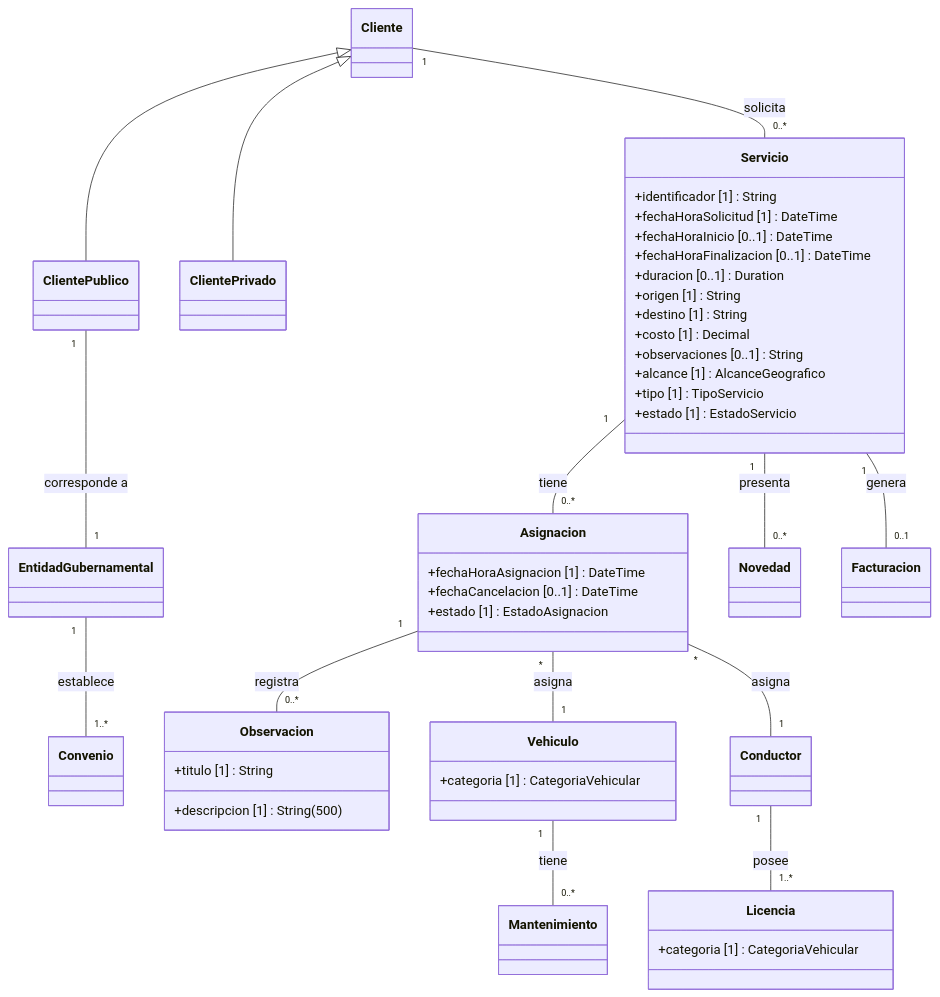
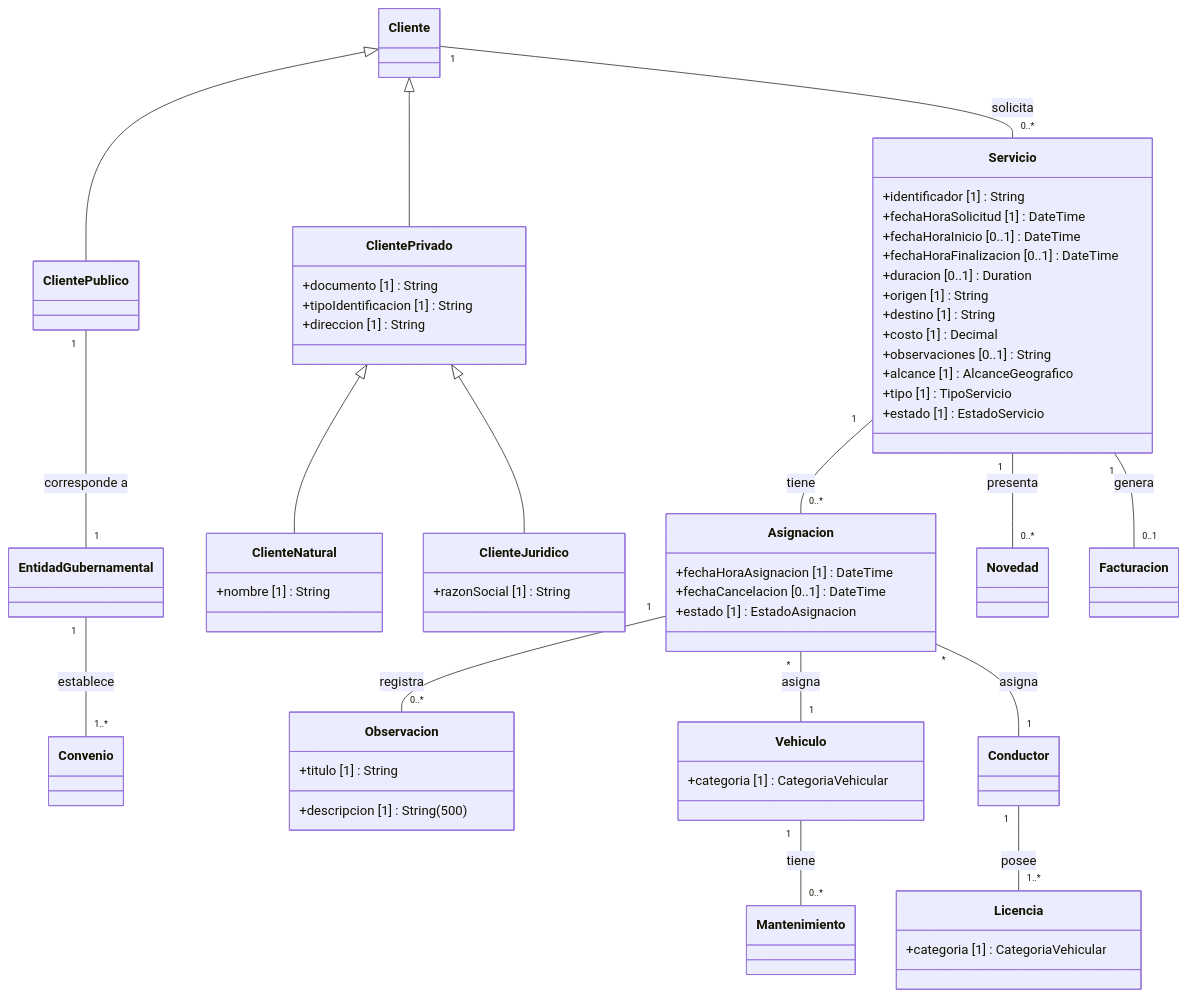
The second of 2 diagrams in ClassWork/PPT1/README.md (daprieto1/MBDA-Class-Helper), drawn with Mermaid before and after one commit. The commit also changed other lines of this file, not shown here.

Commit message:
complete diagram

````diff
--- a/ClassWork/PPT1/README.md
+++ b/ClassWork/PPT1/README.md
@@ -99,59 +103,71 @@
 ```mermaid
 classDiagram
     class Servicio {
         +identificador [1] : String
         +fechaHoraSolicitud [1] : DateTime
         +fechaHoraInicio [0..1] : DateTime
         +fechaHoraFinalizacion [0..1] : DateTime
         +duracion [0..1] : Duration
         +origen [1] : String
         +destino [1] : String
         +costo [1] : Decimal
         +observaciones [0..1] : String
         +alcance [1] : AlcanceGeografico
         +tipo [1] : TipoServicio
         +estado [1] : EstadoServicio
     }
 
     class Asignacion {
         +fechaHoraAsignacion [1] : DateTime
         +fechaCancelacion [0..1] : DateTime
         +estado [1] : EstadoAsignacion
     }
 
     class Observacion {
         +titulo [1] : String
         +descripcion [1] : String(500)
     }
 
     class Novedad
 
     class Cliente
     class ClientePublico
-    class ClientePrivado
+    class ClientePrivado {
+        +documento [1] : String
+        +tipoIdentificacion [1] : String
+        +direccion [1] : String
+    }
+    class ClienteNatural {
+        +nombre [1] : String
+    }
+    class ClienteJuridico {
+        +razonSocial [1] : String
+    }
     class EntidadGubernamental
     class Convenio
     class Vehiculo {
         +categoria [1] : CategoriaVehicular
     }
     class Conductor
     class Licencia {
         +categoria [1] : CategoriaVehicular
     }
     class Mantenimiento
     class Facturacion
 
     Cliente <|-- ClientePublico
     Cliente <|-- ClientePrivado
+    ClientePrivado <|-- ClienteNatural
+    ClientePrivado <|-- ClienteJuridico
     ClientePublico "1" -- "1" EntidadGubernamental : corresponde a
     EntidadGubernamental "1" -- "1..*" Convenio : establece
     Cliente "1" -- "0..*" Servicio : solicita
     Servicio "1" -- "0..*" Asignacion : tiene
     Servicio "1" -- "0..*" Novedad : presenta
     Servicio "1" -- "0..1" Facturacion : genera
     Asignacion "1" -- "0..*" Observacion : registra
     Asignacion "*" -- "1" Vehiculo : asigna
     Asignacion "*" -- "1" Conductor : asigna
     Conductor "1" -- "1..*" Licencia : posee
     Vehiculo "1" -- "0..*" Mantenimiento : tiene
 ```
````
